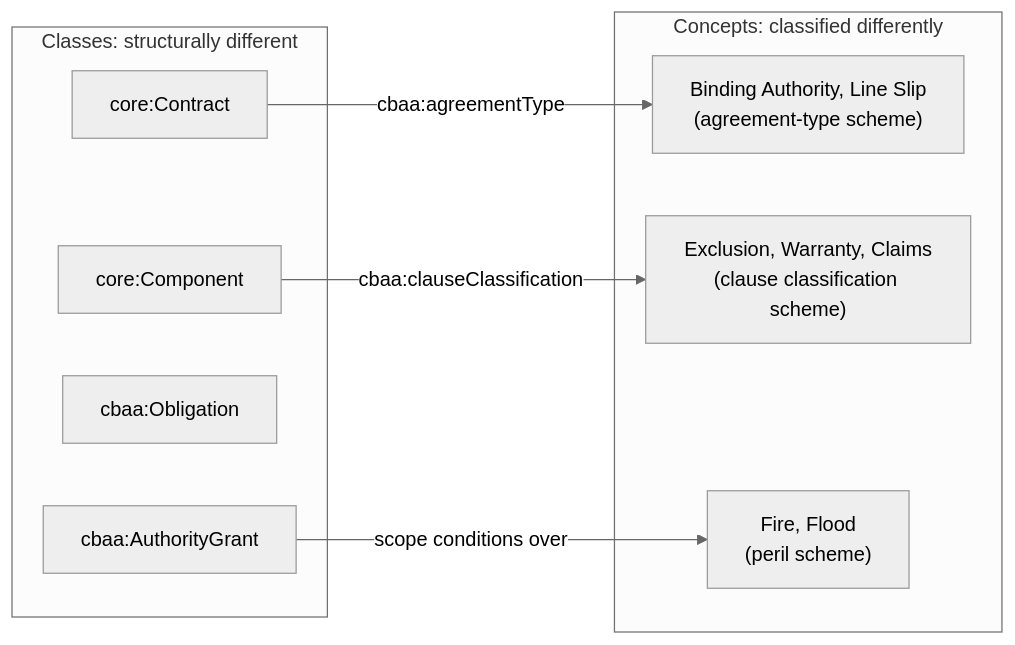
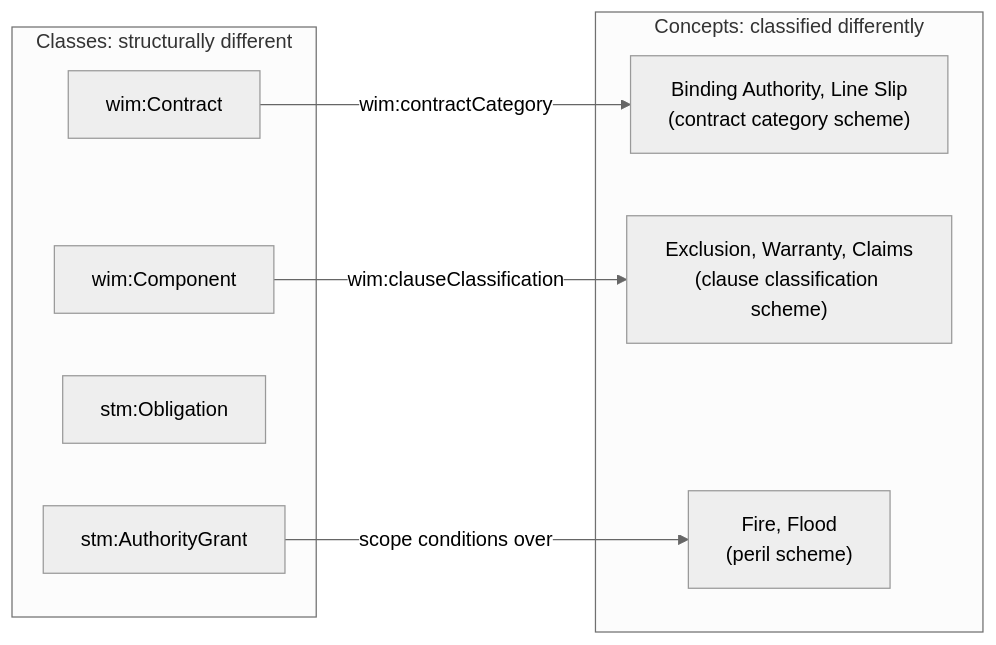
The ninth of 52 diagrams in docs/architecture.md (nebularis/open-cbaa), drawn with Mermaid (neutral theme) before and after one commit. The commit also changed other lines of this file and 44 other files, not shown here.

````diff
--- a/docs/architecture.md
+++ b/docs/architecture.md
@@ -257,17 +258,17 @@
 ```mermaid
 flowchart LR
     subgraph Classes["Classes: structurally different"]
-        K1["core:Contract"]
-        K2["core:Component"]
-        K3["cbaa:Obligation"]
-        K4["cbaa:AuthorityGrant"]
+        K1["wim:Contract"]
+        K2["wim:Component"]
+        K3["stm:Obligation"]
+        K4["stm:AuthorityGrant"]
     end
     subgraph Concepts["Concepts: classified differently"]
-        S1["Binding Authority, Line Slip<br/>(agreement-type scheme)"]
+        S1["Binding Authority, Line Slip<br/>(contract category scheme)"]
         S2["Exclusion, Warranty, Claims<br/>(clause classification scheme)"]
         S3["Fire, Flood<br/>(peril scheme)"]
     end
-    K1 -- "cbaa:agreementType" --> S1
-    K2 -- "cbaa:clauseClassification" --> S2
+    K1 -- "wim:contractCategory" --> S1
+    K2 -- "wim:clauseClassification" --> S2
     K4 -- "scope conditions over" --> S3
 ```
````
